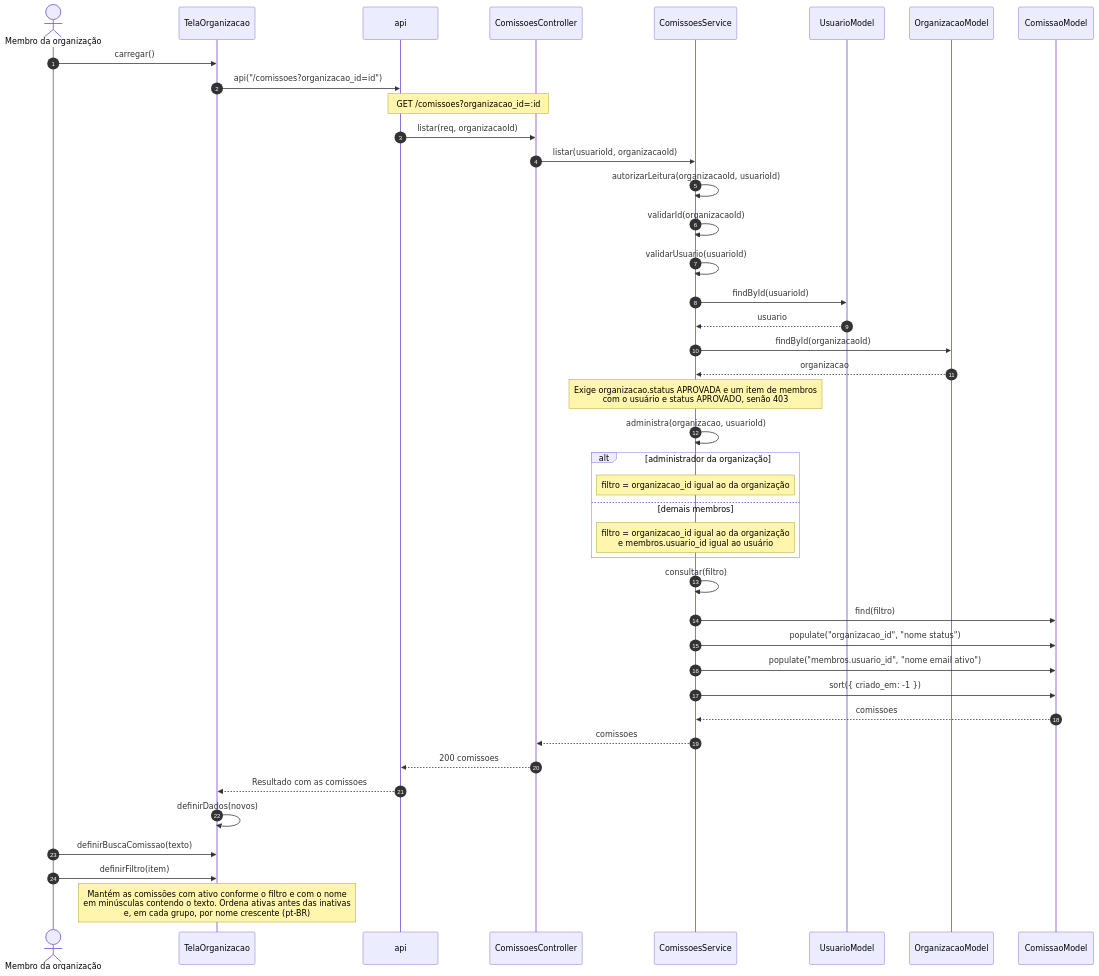
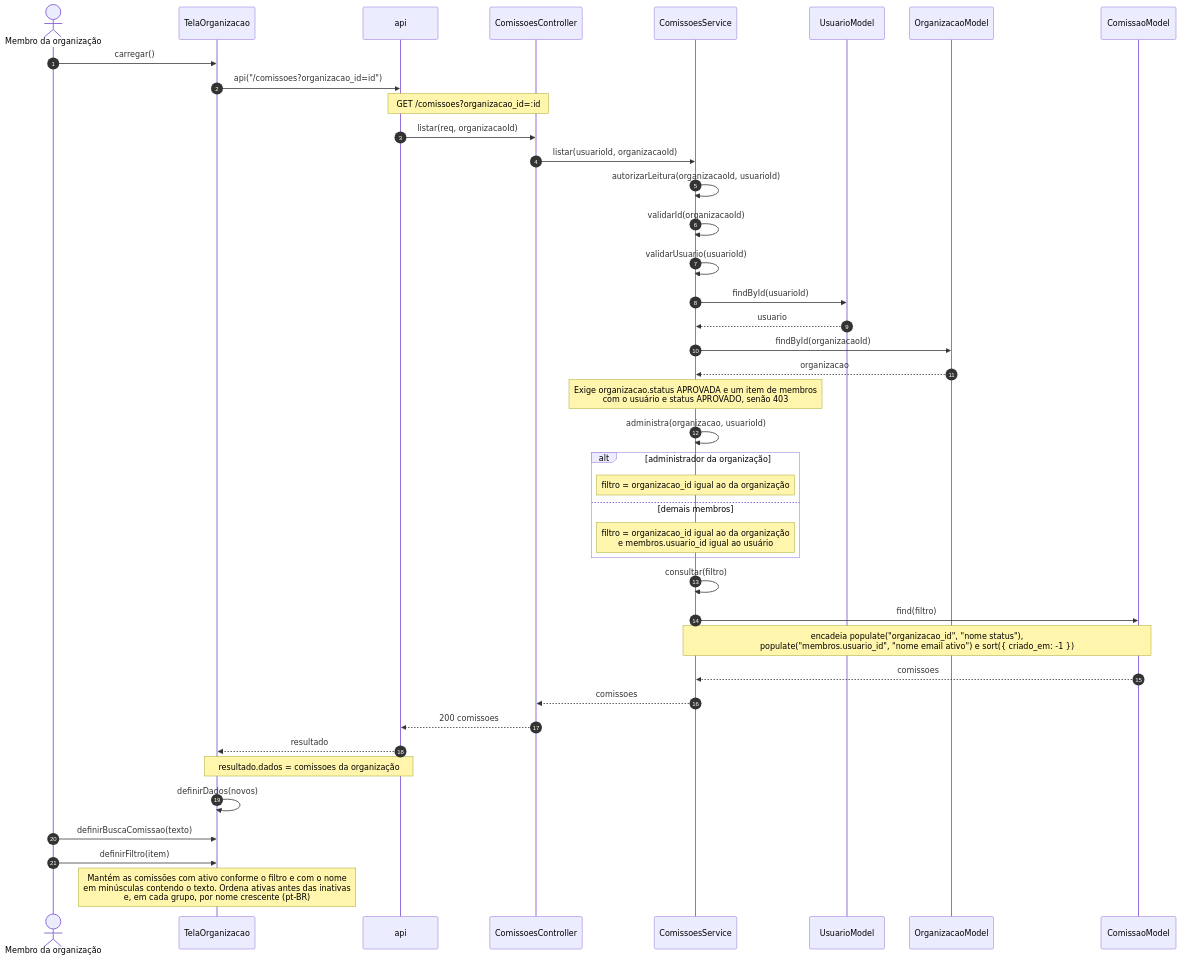
The first of 9 diagrams in 2 - Incremento 1/cadastro-comissao/6 - diagramas-sequencia-cadastro-comissao.md (Conecta-IFSP/DOCUMENTATION), drawn with Mermaid before and after one commit. The commit also changed other lines of this file and 97 other files, not shown here.

````diff
--- a/2 - Incremento 1/cadastro-comissao/6 - diagramas-sequencia-cadastro-comissao.md
+++ b/2 - Incremento 1/cadastro-comissao/6 - diagramas-sequencia-cadastro-comissao.md
@@ -13,44 +13,43 @@
 ```mermaid
 sequenceDiagram
     autonumber
     actor U as Membro da organização
     participant T as TelaOrganizacao
     participant A as api
     participant C as ComissoesController
     participant S as ComissoesService
     participant UM as UsuarioModel
     participant OM as OrganizacaoModel
     participant M as ComissaoModel
     U->>T: carregar()
     T->>A: api("/comissoes?organizacao_id=id")
     Note over A,C: GET /comissoes?organizacao_id=:id
     A->>C: listar(req, organizacaoId)
     C->>S: listar(usuarioId, organizacaoId)
     S->>S: autorizarLeitura(organizacaoId, usuarioId)
     S->>S: validarId(organizacaoId)
     S->>S: validarUsuario(usuarioId)
     S->>UM: findById(usuarioId)
     UM-->>S: usuario
     S->>OM: findById(organizacaoId)
     OM-->>S: organizacao
     Note over S: Exige organizacao.status APROVADA e um item de membros<br/>com o usuário e status APROVADO, senão 403
     S->>S: administra(organizacao, usuarioId)
     alt administrador da organização
         Note over S: filtro = organizacao_id igual ao da organização
     else demais membros
         Note over S: filtro = organizacao_id igual ao da organização<br/>e membros.usuario_id igual ao usuário
     end
     S->>S: consultar(filtro)
     S->>M: find(filtro)
-    S->>M: populate("organizacao_id", "nome status")
-    S->>M: populate("membros.usuario_id", "nome email ativo")
-    S->>M: sort({ criado_em: -1 })
+    Note over S,M: encadeia populate("organizacao_id", "nome status"),<br/>populate("membros.usuario_id", "nome email ativo") e sort({ criado_em: -1 })
     M-->>S: comissoes
     S-->>C: comissoes
     C-->>A: 200 comissoes
-    A-->>T: Resultado com as comissoes
+    A-->>T: resultado
+    Note over T,A: resultado.dados = comissoes da organização
     T->>T: definirDados(novos)
     U->>T: definirBuscaComissao(texto)
     U->>T: definirFiltro(item)
     Note over T: Mantém as comissões com ativo conforme o filtro e com o nome<br/>em minúsculas contendo o texto. Ordena ativas antes das inativas<br/>e, em cada grupo, por nome crescente (pt-BR)
 ```
````
